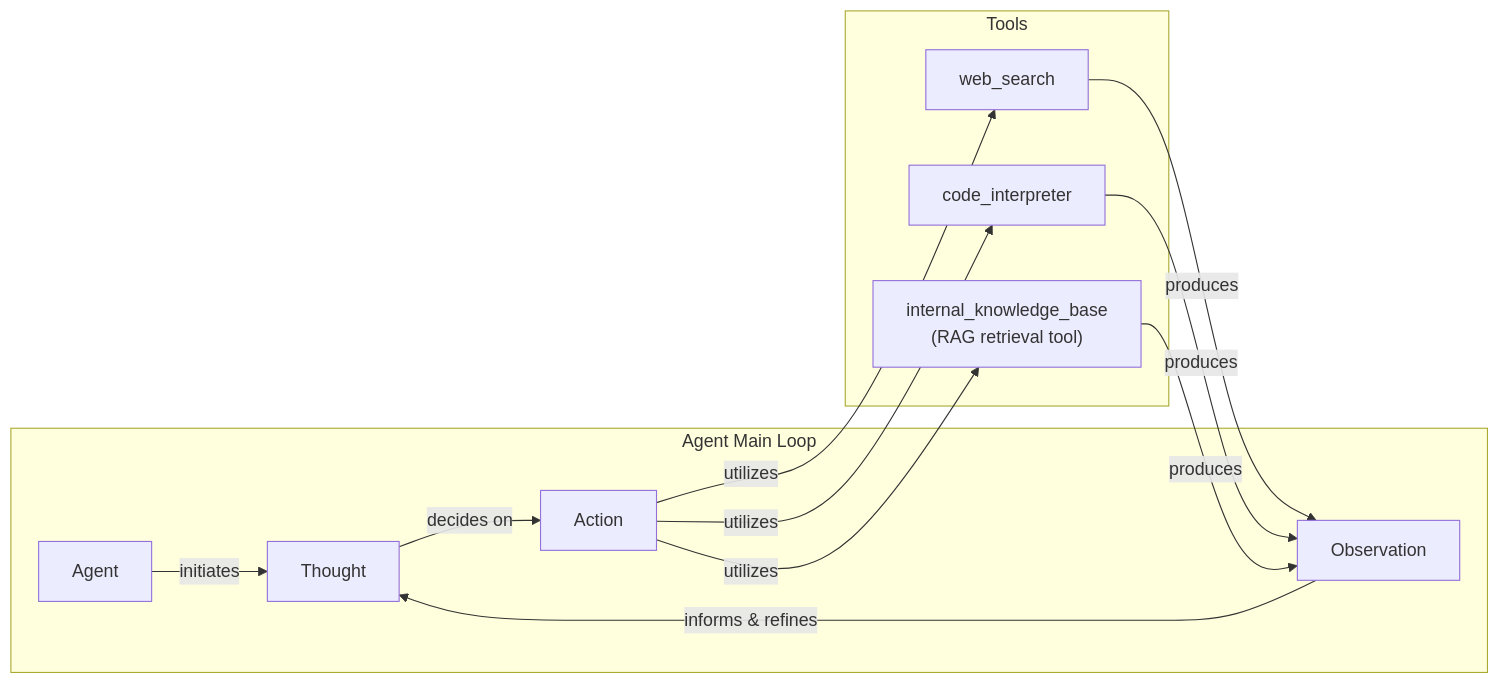
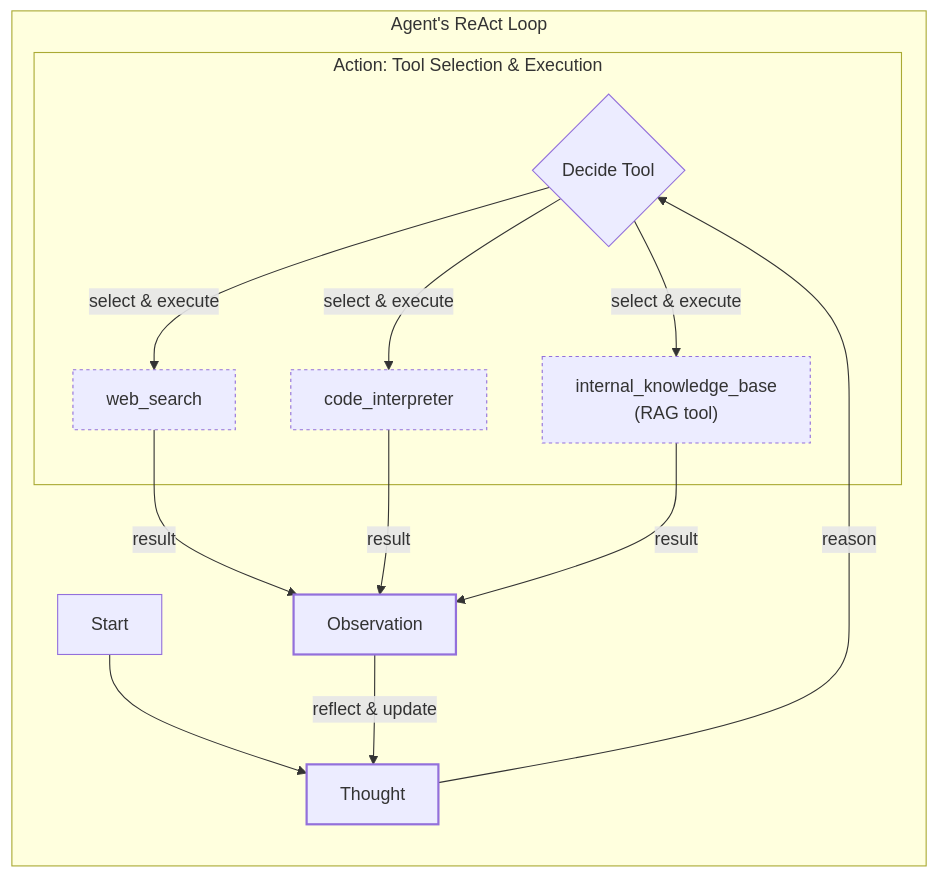
The fourth of 4 diagrams in RL_researcher_writer_ymaxing/rl_training_data/noise_experiment/09_RAG__var_standard__replicate1__preset5/article.md (YMaXing/Research-Agent-reinforced-by-RL), drawn with Mermaid before and after one commit. The commit also changed other lines of this file and 4528 other files, not shown here.

````diff
--- a/RL_researcher_writer_ymaxing/rl_training_data/noise_experiment/09_RAG__var_standard__replicate1__preset5/article.md
+++ b/RL_researcher_writer_ymaxing/rl_training_data/noise_experiment/09_RAG__var_standard__replicate1__preset5/article.md
@@ -205,30 +196,26 @@
 ```mermaid
 flowchart LR
-  %% Agent Main Loop
-  subgraph "Agent Main Loop"
-    A["Agent"]
-    T["Thought"]
-    ACT["Action"]
-    O["Observation"]
+  %% Agent's Main Loop (ReAct Pattern)
+  subgraph "Agent's ReAct Loop"
+    Start["Start"] --> Thought["Thought"]
+    Thought -- "reason" --> DecideTool{"Decide Tool"}
+
+    subgraph "Action: Tool Selection & Execution"
+      DecideTool -- "select & execute" --> WebSearch["web_search"]
+      DecideTool -- "select & execute" --> CodeInterpreter["code_interpreter"]
+      DecideTool -- "select & execute" --> InternalKB["internal_knowledge_base<br/>(RAG tool)"]
+    end
+
+    WebSearch -- "result" --> Observation["Observation"]
+    CodeInterpreter -- "result" --> Observation
+    InternalKB -- "result" --> Observation
+
+    Observation -- "reflect & update" --> Thought
   end
 
-  %% Available Tools
-  subgraph "Tools"
-    WS["web_search"]
-    CI["code_interpreter"]
-    IKB["internal_knowledge_base<br/>(RAG retrieval tool)"]
-  end
-
-  %% Flow connections
-  A -- "initiates" --> T
-  T -- "decides on" --> ACT
-  ACT -- "utilizes" --> WS
-  ACT -- "utilizes" --> CI
-  ACT -- "utilizes" --> IKB
-
-  WS -- "produces" --> O
-  CI -- "produces" --> O
-  IKB -- "produces" --> O
-
-  O -- "informs & refines" --> T
+  %% Visual grouping
+  classDef reactStep stroke-width:2px
+  classDef toolOption stroke-dasharray:3,3
+  class Thought,Observation reactStep
+  class WebSearch,CodeInterpreter,InternalKB toolOption
 ```
````
